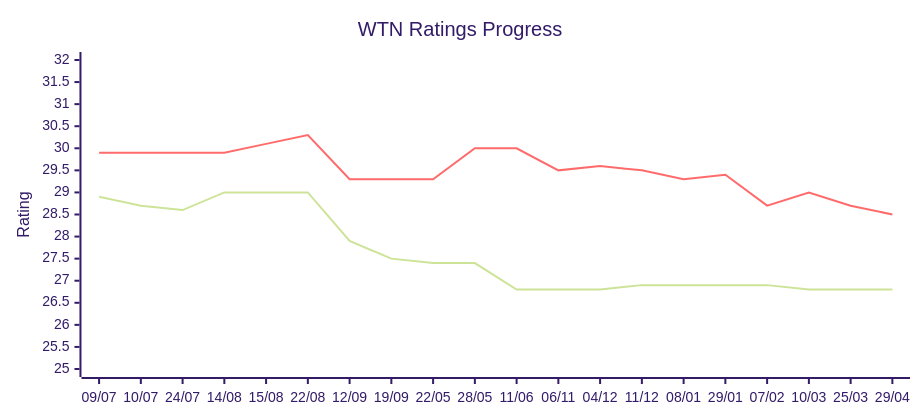
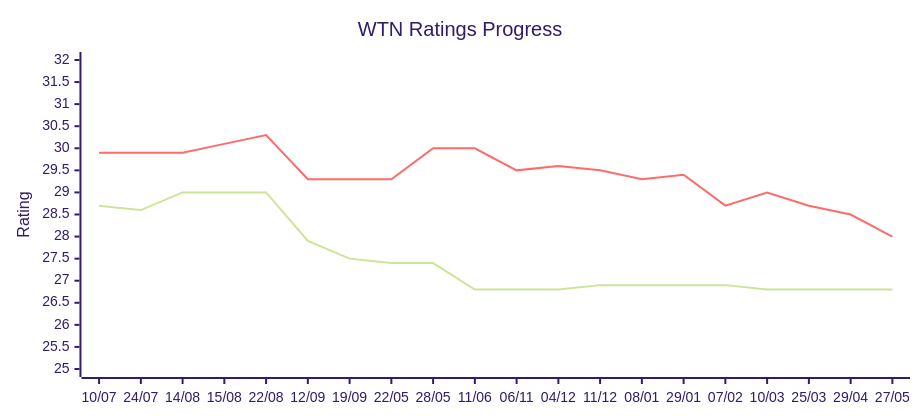
One commit to jamesrwhite/wtn changed the diagram in README.md. Above: the diagram before and after it, drawn with Mermaid (forest theme). The commit also changed other lines of this file and 1 other file, not shown here.

Commit message:
Updated ratings

````diff
--- a/README.md
+++ b/README.md
@@ -12,14 +12,14 @@
 ```mermaid
 ---
 config:
   xyChart:
     width: 900
     height: 400
 ---
 xychart-beta
   title "WTN Ratings Progress"
-  x-axis ["09/07", "10/07", "24/07", "14/08", "15/08", "22/08", "12/09", "19/09", "22/05", "28/05", "11/06", "06/11", "04/12", "11/12", "08/01", "29/01", "07/02", "10/03", "25/03", "29/04"]
+  x-axis ["10/07", "24/07", "14/08", "15/08", "22/08", "12/09", "19/09", "22/05", "28/05", "11/06", "06/11", "04/12", "11/12", "08/01", "29/01", "07/02", "10/03", "25/03", "29/04", "27/05"]
   y-axis "Rating" 25 --> 32
-  line [28.9, 28.7, 28.6, 29.0, 29.0, 29.0, 27.9, 27.5, 27.4, 27.4, 26.8, 26.8, 26.8, 26.9, 26.9, 26.9, 26.9, 26.8, 26.8, 26.8]
-  line [29.9, 29.9, 29.9, 29.9, 30.1, 30.3, 29.3, 29.3, 29.3, 30.0, 30.0, 29.5, 29.6, 29.5, 29.3, 29.4, 28.7, 29.0, 28.7, 28.5]
+  line [28.7, 28.6, 29.0, 29.0, 29.0, 27.9, 27.5, 27.4, 27.4, 26.8, 26.8, 26.8, 26.9, 26.9, 26.9, 26.9, 26.8, 26.8, 26.8, 26.8]
+  line [29.9, 29.9, 29.9, 30.1, 30.3, 29.3, 29.3, 29.3, 30.0, 30.0, 29.5, 29.6, 29.5, 29.3, 29.4, 28.7, 29.0, 28.7, 28.5, 28.0]
 ```
````
